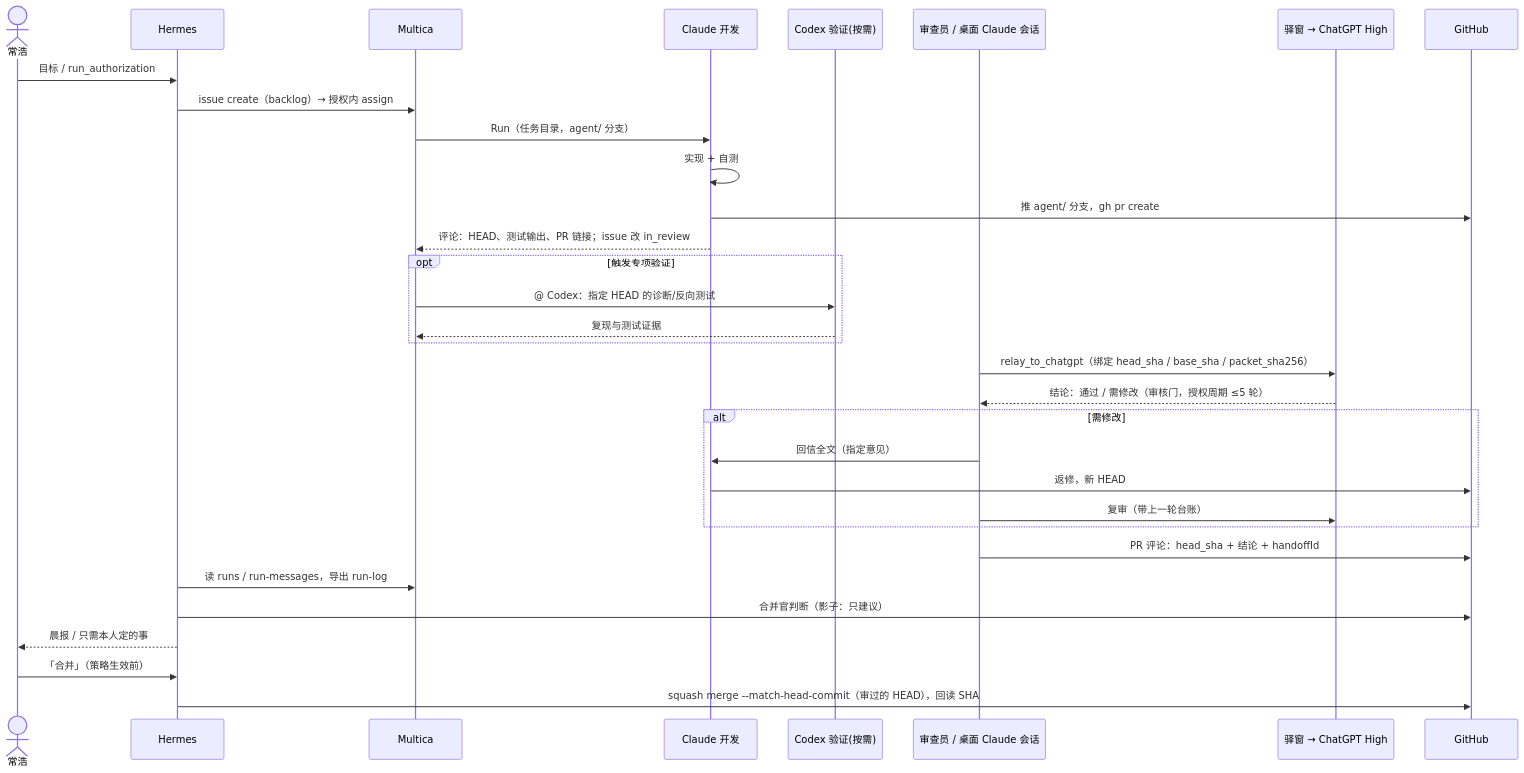
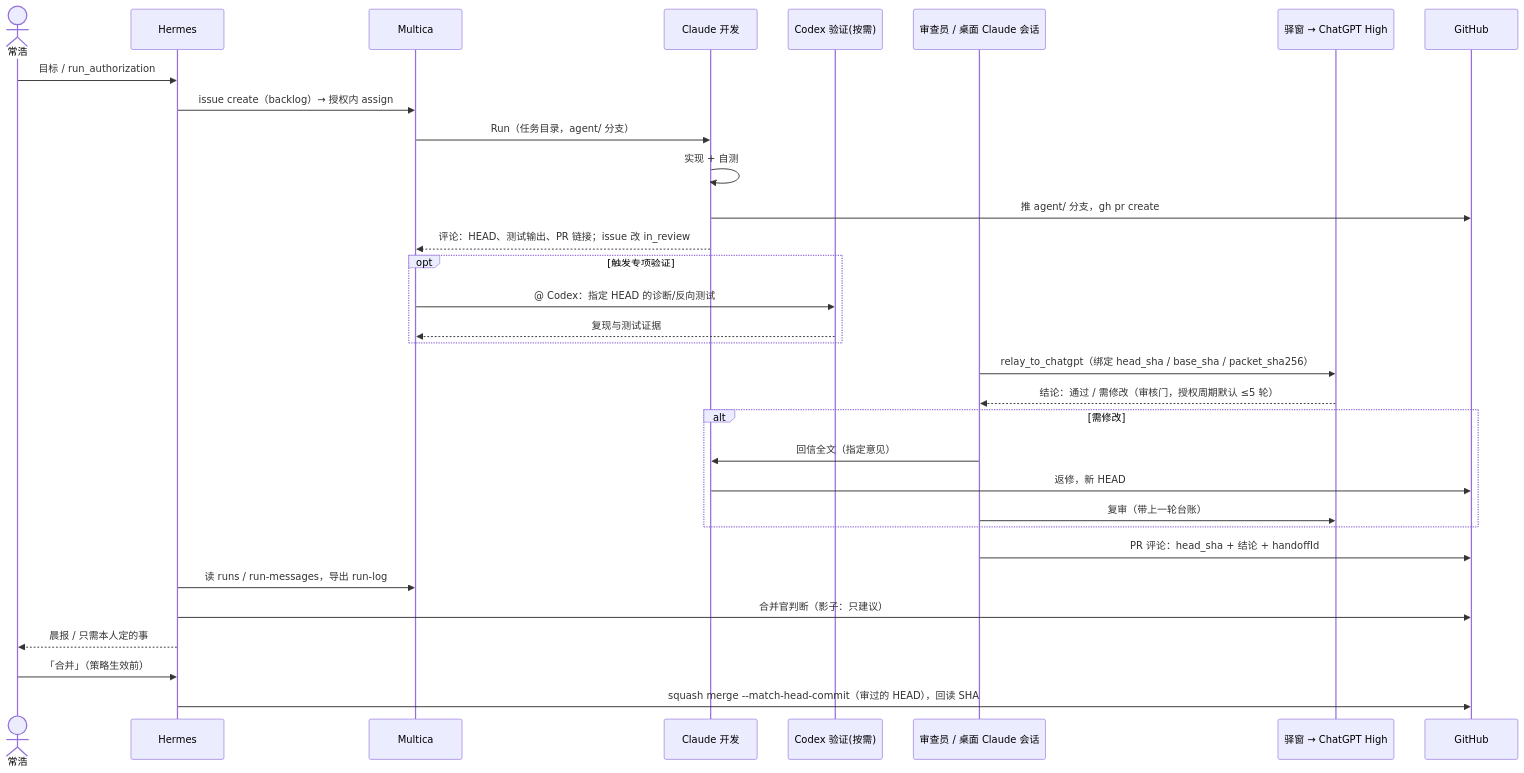
One commit to Natsukashii1997/digital-twin changed the third of 4 diagrams in docs/DT-ORC/ARCHITECTURE.md. Above: the diagram before and after it, drawn with Mermaid. The commit also changed other lines of this file, not shown here.

````diff
--- a/docs/DT-ORC/ARCHITECTURE.md
+++ b/docs/DT-ORC/ARCHITECTURE.md
@@ -462,34 +462,34 @@
 ```mermaid
 sequenceDiagram
     actor Owner as 常浩
     participant H as Hermes
     participant M as Multica
     participant C as Claude 开发
     participant X as Codex 验证(按需)
     participant R as 审查员 / 桌面 Claude 会话
     participant P as 驿窗 → ChatGPT High
     participant GH as GitHub
     Owner->>H: 目标 / run_authorization
     H->>M: issue create（backlog）→ 授权内 assign
     M->>C: Run（任务目录，agent/ 分支）
     C->>C: 实现 + 自测
     C->>GH: 推 agent/ 分支，gh pr create
     C-->>M: 评论：HEAD、测试输出、PR 链接；issue 改 in_review
     opt 触发专项验证
       M->>X: @ Codex：指定 HEAD 的诊断/反向测试
       X-->>M: 复现与测试证据
     end
     R->>P: relay_to_chatgpt（绑定 head_sha / base_sha / packet_sha256）
-    P-->>R: 结论：通过 / 需修改（审核门，授权周期 ≤5 轮）
+    P-->>R: 结论：通过 / 需修改（审核门，授权周期默认 ≤5 轮）
     alt 需修改
       R->>C: 回信全文（指定意见）
       C->>GH: 返修，新 HEAD
       R->>P: 复审（带上一轮台账）
     end
     R->>GH: PR 评论：head_sha + 结论 + handoffId
     H->>M: 读 runs / run-messages，导出 run-log
     H->>GH: 合并官判断（影子：只建议）
     H-->>Owner: 晨报 / 只需本人定的事
     Owner->>H: 「合并」（策略生效前）
     H->>GH: squash merge --match-head-commit（审过的 HEAD），回读 SHA
 ```
````
